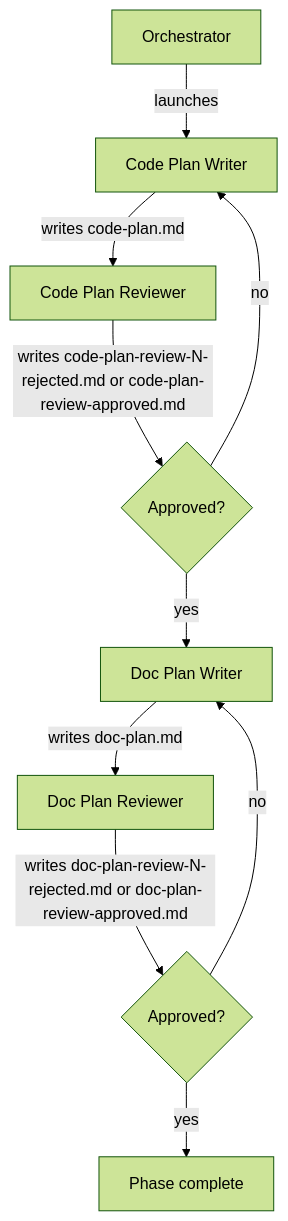
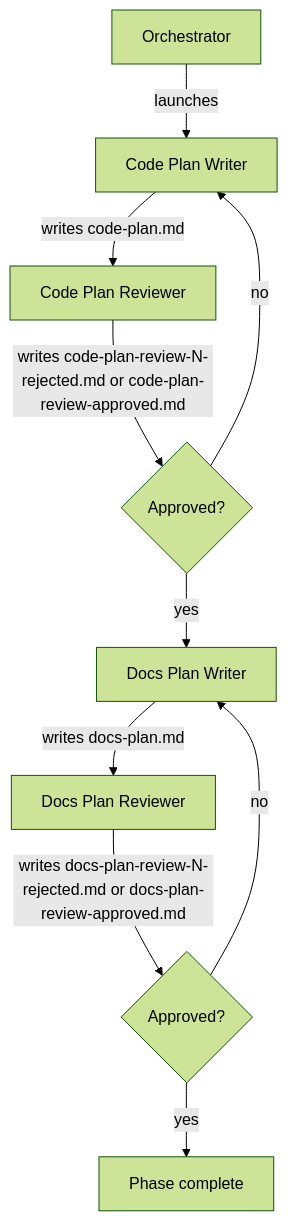
One commit to Automattic/radical-pipelines changed the diagram in skills/radical-pipelines/reference/autonomous-phases/3 - plan.md. Above: the diagram before and after it, drawn with Mermaid (forest theme). The commit also changed other lines of this file and 15 other files, not shown here.

````diff
--- a/skills/radical-pipelines/reference/autonomous-phases/3 - plan.md
+++ b/skills/radical-pipelines/reference/autonomous-phases/3 - plan.md
@@ -42,12 +42,12 @@
 ```mermaid
 flowchart TD
     A[Orchestrator] -->|launches| B[Code Plan Writer]
     B -->|writes code-plan.md| C[Code Plan Reviewer]
     C -->|writes code-plan-review-N-rejected.md or code-plan-review-approved.md| D{Approved?}
     D -->|no| B
-    D -->|yes| E[Doc Plan Writer]
-    E -->|writes doc-plan.md| F[Doc Plan Reviewer]
-    F -->|writes doc-plan-review-N-rejected.md or doc-plan-review-approved.md| G{Approved?}
+    D -->|yes| E[Docs Plan Writer]
+    E -->|writes docs-plan.md| F[Docs Plan Reviewer]
+    F -->|writes docs-plan-review-N-rejected.md or docs-plan-review-approved.md| G{Approved?}
     G -->|no| E
     G -->|yes| H[Phase complete]
 ```
````
